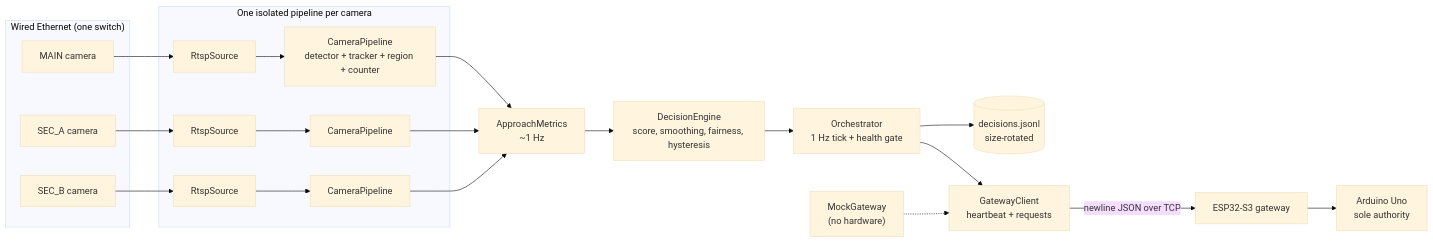
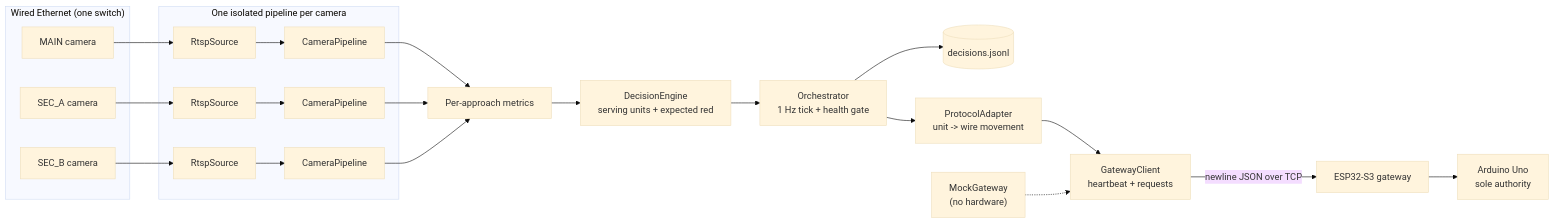
One commit to Sylvester-ux/Intelligent_Traffic_Control changed the diagram in README.md. Above: the diagram before and after it, drawn with Mermaid (base theme). The commit also changed other lines of this file and 3 other files, not shown here.

Commit message:
decision making segment and three way camera network ochastration - incomplete

````diff
--- a/README.md
+++ b/README.md
@@ -18,29 +21,30 @@
 ```mermaid
 flowchart LR
     subgraph Cameras["Wired Ethernet (one switch)"]
         C1["MAIN camera"]
         C2["SEC_A camera"]
         C3["SEC_B camera"]
     end
 
     C1 --> S1["RtspSource"]
     C2 --> S2["RtspSource"]
     C3 --> S3["RtspSource"]
 
     subgraph Perception["One isolated pipeline per camera"]
-        S1 --> P1["CameraPipeline<br/>detector + tracker + region + counter"]
+        S1 --> P1["CameraPipeline"]
         S2 --> P2["CameraPipeline"]
         S3 --> P3["CameraPipeline"]
     end
 
-    P1 --> M["ApproachMetrics<br/>~1 Hz"]
+    P1 --> M["Per-approach metrics"]
     P2 --> M
     P3 --> M
-    M --> E["DecisionEngine<br/>score, smoothing, fairness, hysteresis"]
+    M --> E["DecisionEngine<br/>serving units + expected red"]
     E --> O["Orchestrator<br/>1 Hz tick + health gate"]
-    O --> L[("decisions.jsonl<br/>size-rotated")]
-    O --> G["GatewayClient<br/>heartbeat + requests"]
+    O --> L[("decisions.jsonl")]
+    O --> A["ProtocolAdapter<br/>unit -> wire movement"]
+    A --> G["GatewayClient<br/>heartbeat + requests"]
     G -- "newline JSON over TCP" --> ESP["ESP32-S3 gateway"]
     ESP --> UNO["Arduino Uno<br/>sole authority"]
     MG["MockGateway<br/>(no hardware)"] -.-> G
 ```
````
